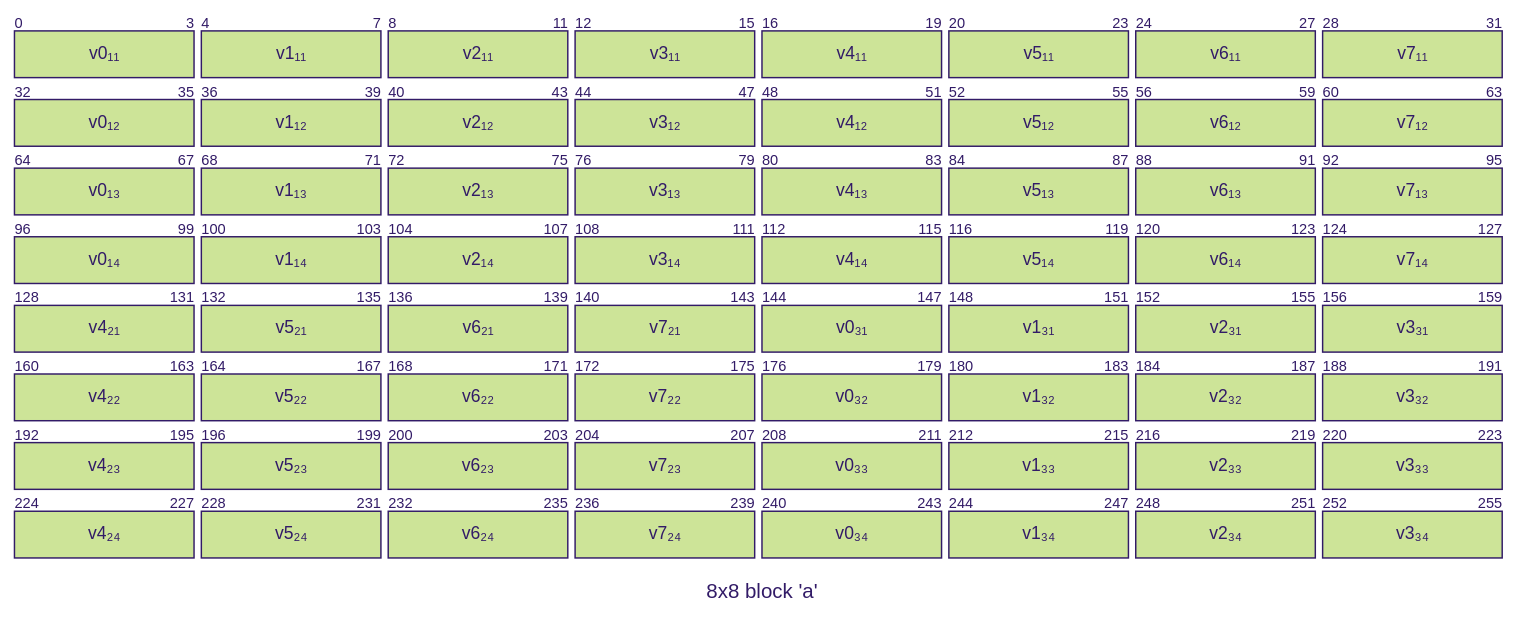
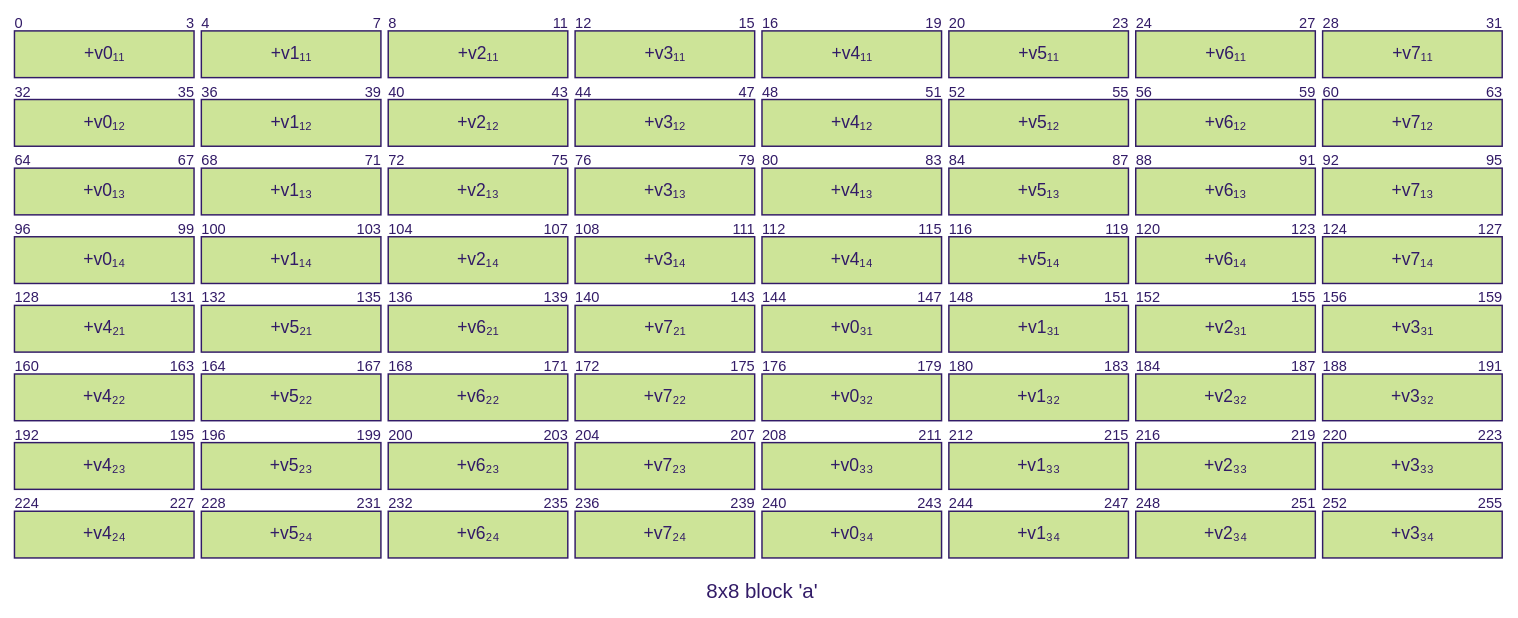
The sixth of 7 diagrams in Cache Lab/workspace/20240614.md (hanmyeonglee/cs211), drawn with Mermaid (forest theme) before and after one commit. The commit also changed other lines of this file, not shown here.

````diff
--- a/Cache Lab/workspace/20240614.md
+++ b/Cache Lab/workspace/20240614.md
@@ -395,70 +401,70 @@
 ```mermaid
 ---
 title: "8x8 block 'a'"
 ---
 packet
-  +4: "v0₁₁"
-  +4: "v1₁₁"
-  +4: "v2₁₁"
-  +4: "v3₁₁"
-  +4: "v4₁₁"
-  +4: "v5₁₁"
-  +4: "v6₁₁"
-  +4: "v7₁₁"
-  +4: "v0₁₂"
-  +4: "v1₁₂"
-  +4: "v2₁₂"
-  +4: "v3₁₂"
-  +4: "v4₁₂"
-  +4: "v5₁₂"
-  +4: "v6₁₂"
-  +4: "v7₁₂"
-  +4: "v0₁₃"
-  +4: "v1₁₃"
-  +4: "v2₁₃"
-  +4: "v3₁₃"
-  +4: "v4₁₃"
-  +4: "v5₁₃"
-  +4: "v6₁₃"
-  +4: "v7₁₃"
-  +4: "v0₁₄"
-  +4: "v1₁₄"
-  +4: "v2₁₄"
-  +4: "v3₁₄"
-  +4: "v4₁₄"
-  +4: "v5₁₄"
-  +4: "v6₁₄"
-  +4: "v7₁₄"
-  +4: "v4₂₁"
-  +4: "v5₂₁"
-  +4: "v6₂₁"
-  +4: "v7₂₁"
-  +4: "v0₃₁"
-  +4: "v1₃₁"
-  +4: "v2₃₁"
-  +4: "v3₃₁"
-  +4: "v4₂₂"
-  +4: "v5₂₂"
-  +4: "v6₂₂"
-  +4: "v7₂₂"
-  +4: "v0₃₂"
-  +4: "v1₃₂"
-  +4: "v2₃₂"
-  +4: "v3₃₂"
-  +4: "v4₂₃"
-  +4: "v5₂₃"
-  +4: "v6₂₃"
-  +4: "v7₂₃"
-  +4: "v0₃₃"
-  +4: "v1₃₃"
-  +4: "v2₃₃"
-  +4: "v3₃₃"
-  +4: "v4₂₄"
-  +4: "v5₂₄"
-  +4: "v6₂₄"
-  +4: "v7₂₄"
-  +4: "v0₃₄"
-  +4: "v1₃₄"
-  +4: "v2₃₄"
-  +4: "v3₃₄"
+  +4: "+v0₁₁"
+  +4: "+v1₁₁"
+  +4: "+v2₁₁"
+  +4: "+v3₁₁"
+  +4: "+v4₁₁"
+  +4: "+v5₁₁"
+  +4: "+v6₁₁"
+  +4: "+v7₁₁"
+  +4: "+v0₁₂"
+  +4: "+v1₁₂"
+  +4: "+v2₁₂"
+  +4: "+v3₁₂"
+  +4: "+v4₁₂"
+  +4: "+v5₁₂"
+  +4: "+v6₁₂"
+  +4: "+v7₁₂"
+  +4: "+v0₁₃"
+  +4: "+v1₁₃"
+  +4: "+v2₁₃"
+  +4: "+v3₁₃"
+  +4: "+v4₁₃"
+  +4: "+v5₁₃"
+  +4: "+v6₁₃"
+  +4: "+v7₁₃"
+  +4: "+v0₁₄"
+  +4: "+v1₁₄"
+  +4: "+v2₁₄"
+  +4: "+v3₁₄"
+  +4: "+v4₁₄"
+  +4: "+v5₁₄"
+  +4: "+v6₁₄"
+  +4: "+v7₁₄"
+  +4: "+v4₂₁"
+  +4: "+v5₂₁"
+  +4: "+v6₂₁"
+  +4: "+v7₂₁"
+  +4: "+v0₃₁"
+  +4: "+v1₃₁"
+  +4: "+v2₃₁"
+  +4: "+v3₃₁"
+  +4: "+v4₂₂"
+  +4: "+v5₂₂"
+  +4: "+v6₂₂"
+  +4: "+v7₂₂"
+  +4: "+v0₃₂"
+  +4: "+v1₃₂"
+  +4: "+v2₃₂"
+  +4: "+v3₃₂"
+  +4: "+v4₂₃"
+  +4: "+v5₂₃"
+  +4: "+v6₂₃"
+  +4: "+v7₂₃"
+  +4: "+v0₃₃"
+  +4: "+v1₃₃"
+  +4: "+v2₃₃"
+  +4: "+v3₃₃"
+  +4: "+v4₂₄"
+  +4: "+v5₂₄"
+  +4: "+v6₂₄"
+  +4: "+v7₂₄"
+  +4: "+v0₃₄"
+  +4: "+v1₃₄"
+  +4: "+v2₃₄"
+  +4: "+v3₃₄"
 ```
````
